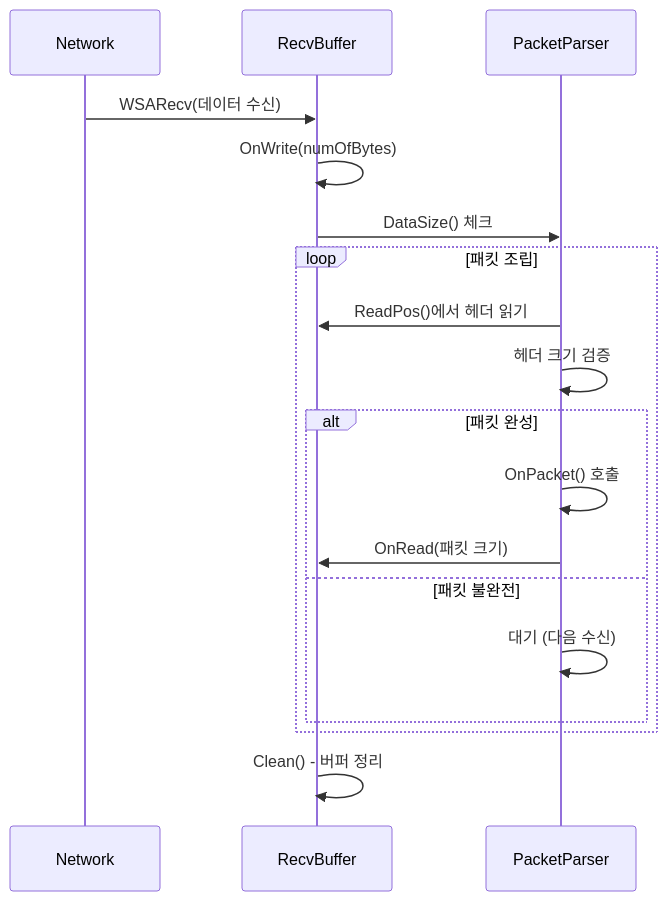
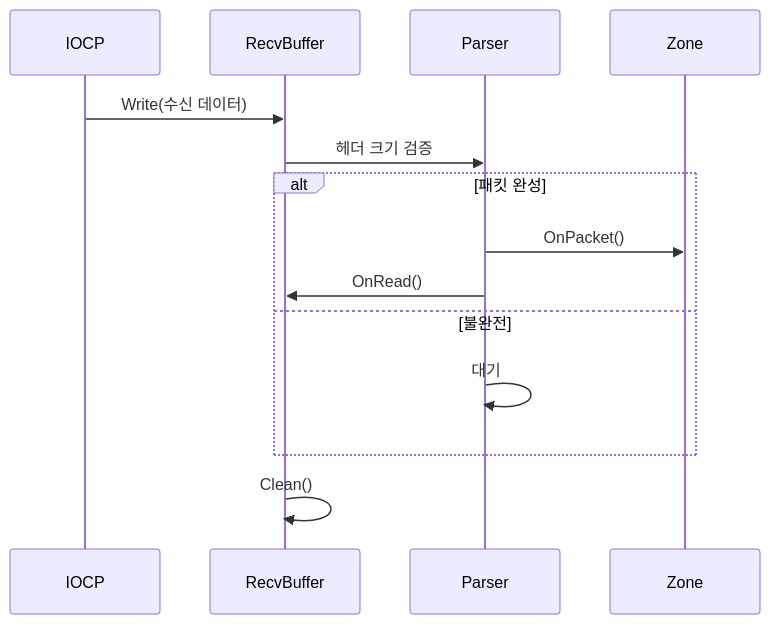
One commit to wlsqc123/IOCPFramework changed the third of 4 diagrams in server_design/server_design3/p1_core_architecture.md. Above: the diagram before and after it, drawn with Mermaid. The commit also changed other lines of this file, not shown here.

First line of the commit message:
Update p1_core_architecture.md

````diff
--- a/server_design/server_design3/p1_core_architecture.md
+++ b/server_design/server_design3/p1_core_architecture.md
@@ -413,23 +105,12 @@
 ```mermaid
 sequenceDiagram
-    participant Net as Network
-    participant Buf as RecvBuffer
-    participant Parser as PacketParser
-    
-    Net->>Buf: WSARecv(데이터 수신)
-    Buf->>Buf: OnWrite(numOfBytes)
-    Buf->>Parser: DataSize() 체크
-    
-    loop 패킷 조립
-        Parser->>Buf: ReadPos()에서 헤더 읽기
-        Parser->>Parser: 헤더 크기 검증
-        alt 패킷 완성
-            Parser->>Parser: OnPacket() 호출
-            Parser->>Buf: OnRead(패킷 크기)
-        else 패킷 불완전
-            Parser->>Parser: 대기 (다음 수신)
-        end
+    IOCP->>RecvBuffer: Write(수신 데이터)
+    RecvBuffer->>Parser: 헤더 크기 검증
+    alt 패킷 완성
+        Parser->>Zone: OnPacket()
+        Parser->>RecvBuffer: OnRead()
+    else 불완전
+        Parser->>Parser: 대기
     end
-    
-    Buf->>Buf: Clean() - 버퍼 정리
+    RecvBuffer->>RecvBuffer: Clean()
 ```
````
